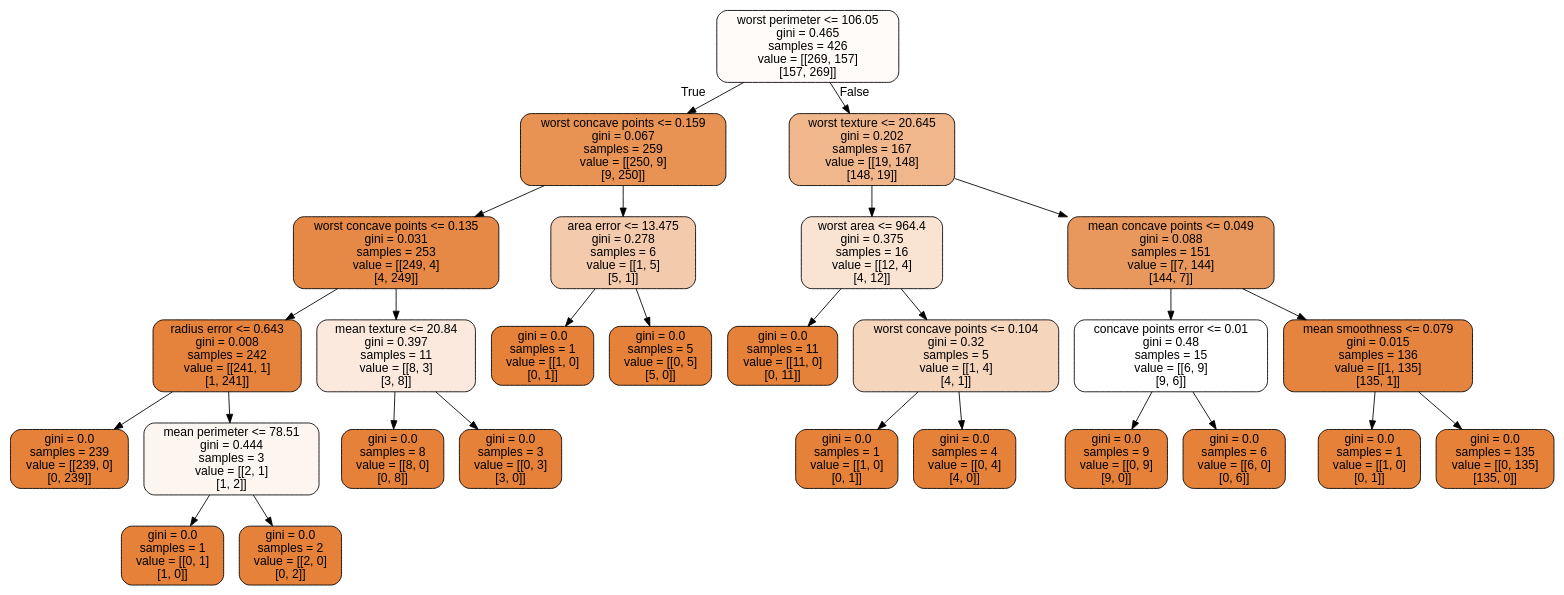
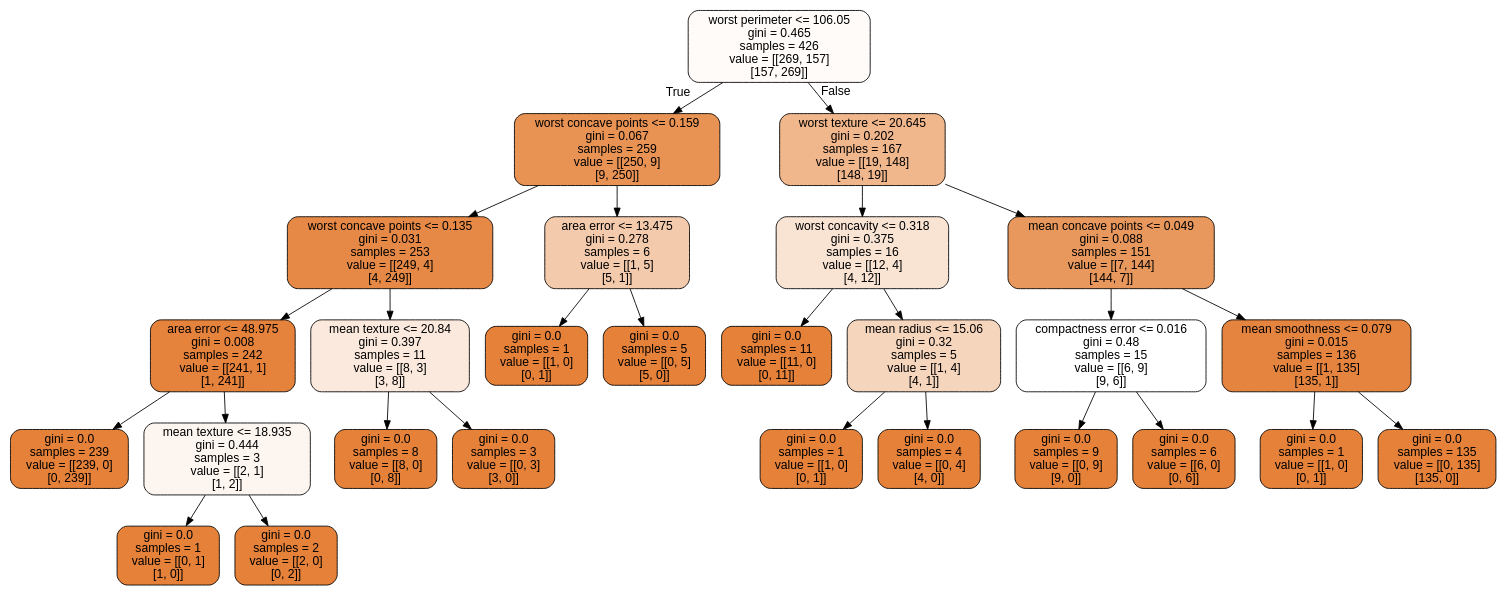
The diagram in doc/pub/DecisionTrees/ipynb/DataFiles/cancer.dot (CompPhysics/MachineLearning), drawn with Graphviz before and after one commit. The commit also changed 17 other files, not shown here.

```diff
--- a/doc/pub/DecisionTrees/ipynb/DataFiles/cancer.dot
+++ b/doc/pub/DecisionTrees/ipynb/DataFiles/cancer.dot
@@ -1,57 +1,57 @@
 digraph Tree {
 node [shape=box, style="filled, rounded", color="black", fontname=helvetica] ;
 edge [fontname=helvetica] ;
 0 [label="worst perimeter <= 106.05\ngini = 0.465\nsamples = 426\nvalue = [[269, 157]\n[157, 269]]", fillcolor="#e5813908"] ;
 1 [label="worst concave points <= 0.159\ngini = 0.067\nsamples = 259\nvalue = [[250, 9]\n[9, 250]]", fillcolor="#e58139db"] ;
 0 -> 1 [labeldistance=2.5, labelangle=45, headlabel="True"] ;
 2 [label="worst concave points <= 0.135\ngini = 0.031\nsamples = 253\nvalue = [[249, 4]\n[4, 249]]", fillcolor="#e58139ee"] ;
 1 -> 2 ;
-3 [label="radius error <= 0.643\ngini = 0.008\nsamples = 242\nvalue = [[241, 1]\n[1, 241]]", fillcolor="#e58139fb"] ;
+3 [label="area error <= 48.975\ngini = 0.008\nsamples = 242\nvalue = [[241, 1]\n[1, 241]]", fillcolor="#e58139fb"] ;
 2 -> 3 ;
 4 [label="gini = 0.0\nsamples = 239\nvalue = [[239, 0]\n[0, 239]]", fillcolor="#e58139ff"] ;
 3 -> 4 ;
-5 [label="mean perimeter <= 78.51\ngini = 0.444\nsamples = 3\nvalue = [[2, 1]\n[1, 2]]", fillcolor="#e5813913"] ;
+5 [label="mean texture <= 18.935\ngini = 0.444\nsamples = 3\nvalue = [[2, 1]\n[1, 2]]", fillcolor="#e5813913"] ;
 3 -> 5 ;
 6 [label="gini = 0.0\nsamples = 1\nvalue = [[0, 1]\n[1, 0]]", fillcolor="#e58139ff"] ;
 5 -> 6 ;
 7 [label="gini = 0.0\nsamples = 2\nvalue = [[2, 0]\n[0, 2]]", fillcolor="#e58139ff"] ;
 5 -> 7 ;
 8 [label="mean texture <= 20.84\ngini = 0.397\nsamples = 11\nvalue = [[8, 3]\n[3, 8]]", fillcolor="#e581392c"] ;
 2 -> 8 ;
 9 [label="gini = 0.0\nsamples = 8\nvalue = [[8, 0]\n[0, 8]]", fillcolor="#e58139ff"] ;
 8 -> 9 ;
 10 [label="gini = 0.0\nsamples = 3\nvalue = [[0, 3]\n[3, 0]]", fillcolor="#e58139ff"] ;
 8 -> 10 ;
 11 [label="area error <= 13.475\ngini = 0.278\nsamples = 6\nvalue = [[1, 5]\n[5, 1]]", fillcolor="#e581396b"] ;
 1 -> 11 ;
 12 [label="gini = 0.0\nsamples = 1\nvalue = [[1, 0]\n[0, 1]]", fillcolor="#e58139ff"] ;
 11 -> 12 ;
 13 [label="gini = 0.0\nsamples = 5\nvalue = [[0, 5]\n[5, 0]]", fillcolor="#e58139ff"] ;
 11 -> 13 ;
 14 [label="worst texture <= 20.645\ngini = 0.202\nsamples = 167\nvalue = [[19, 148]\n[148, 19]]", fillcolor="#e5813994"] ;
 0 -> 14 [labeldistance=2.5, labelangle=-45, headlabel="False"] ;
-15 [label="worst area <= 964.4\ngini = 0.375\nsamples = 16\nvalue = [[12, 4]\n[4, 12]]", fillcolor="#e5813938"] ;
+15 [label="worst concavity <= 0.318\ngini = 0.375\nsamples = 16\nvalue = [[12, 4]\n[4, 12]]", fillcolor="#e5813938"] ;
 14 -> 15 ;
 16 [label="gini = 0.0\nsamples = 11\nvalue = [[11, 0]\n[0, 11]]", fillcolor="#e58139ff"] ;
 15 -> 16 ;
-17 [label="worst concave points <= 0.104\ngini = 0.32\nsamples = 5\nvalue = [[1, 4]\n[4, 1]]", fillcolor="#e5813955"] ;
+17 [label="mean radius <= 15.06\ngini = 0.32\nsamples = 5\nvalue = [[1, 4]\n[4, 1]]", fillcolor="#e5813955"] ;
 15 -> 17 ;
 18 [label="gini = 0.0\nsamples = 1\nvalue = [[1, 0]\n[0, 1]]", fillcolor="#e58139ff"] ;
 17 -> 18 ;
 19 [label="gini = 0.0\nsamples = 4\nvalue = [[0, 4]\n[4, 0]]", fillcolor="#e58139ff"] ;
 17 -> 19 ;
 20 [label="mean concave points <= 0.049\ngini = 0.088\nsamples = 151\nvalue = [[7, 144]\n[144, 7]]", fillcolor="#e58139d0"] ;
 14 -> 20 ;
-21 [label="concave points error <= 0.01\ngini = 0.48\nsamples = 15\nvalue = [[6, 9]\n[9, 6]]", fillcolor="#e5813900"] ;
+21 [label="compactness error <= 0.016\ngini = 0.48\nsamples = 15\nvalue = [[6, 9]\n[9, 6]]", fillcolor="#e5813900"] ;
 20 -> 21 ;
 22 [label="gini = 0.0\nsamples = 9\nvalue = [[0, 9]\n[9, 0]]", fillcolor="#e58139ff"] ;
 21 -> 22 ;
 23 [label="gini = 0.0\nsamples = 6\nvalue = [[6, 0]\n[0, 6]]", fillcolor="#e58139ff"] ;
 21 -> 23 ;
 24 [label="mean smoothness <= 0.079\ngini = 0.015\nsamples = 136\nvalue = [[1, 135]\n[135, 1]]", fillcolor="#e58139f7"] ;
 20 -> 24 ;
 25 [label="gini = 0.0\nsamples = 1\nvalue = [[1, 0]\n[0, 1]]", fillcolor="#e58139ff"] ;
 24 -> 25 ;
 26 [label="gini = 0.0\nsamples = 135\nvalue = [[0, 135]\n[135, 0]]", fillcolor="#e58139ff"] ;
 24 -> 26 ;
 }
```
